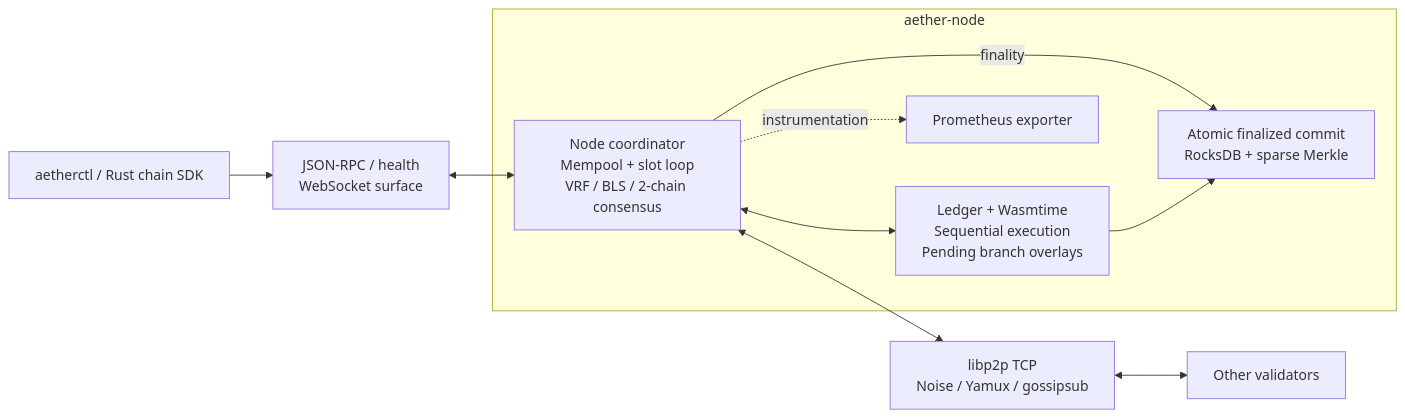
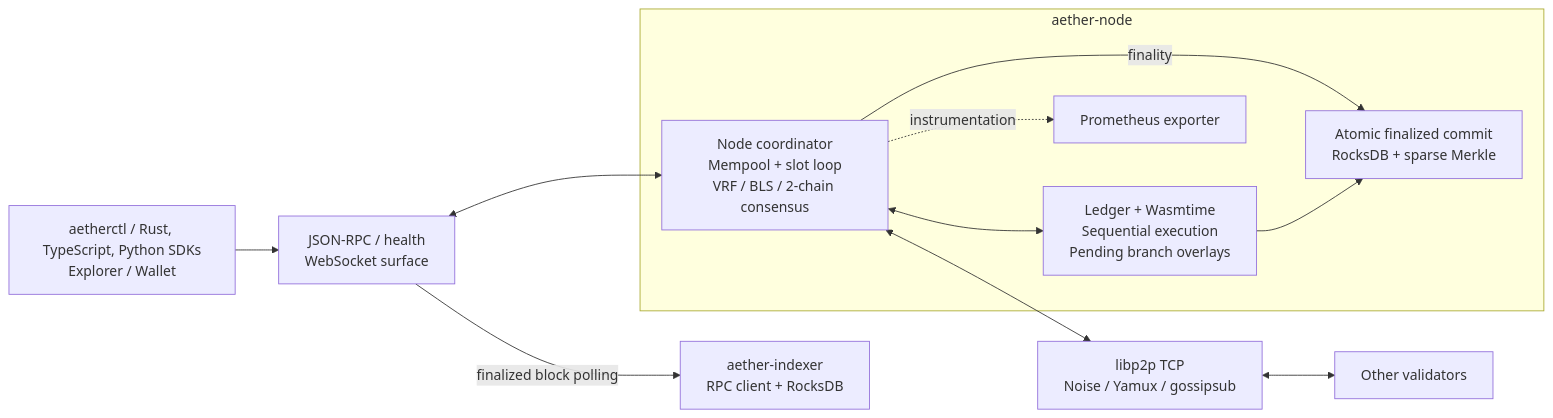
One commit to jadenfix/arrha changed the diagram in docs/architecture.md. Above: the diagram before and after it, drawn with Mermaid. The commit also changed other lines of this file and 88 other files, not shown here.

````diff
--- a/docs/architecture.md
+++ b/docs/architecture.md
@@ -15,14 +16,15 @@
 ```mermaid
 flowchart LR
-    Clients["aetherctl / Rust chain SDK"] --> RPC["JSON-RPC / health<br/>WebSocket surface"]
+    Clients["aetherctl / Rust, TypeScript, Python SDKs<br/>Explorer / Wallet"] --> RPC["JSON-RPC / health<br/>WebSocket surface"]
     RPC <--> Core
     subgraph Node["aether-node"]
         Core["Node coordinator<br/>Mempool + slot loop<br/>VRF / BLS / 2-chain consensus"]
         Core <--> Ledger["Ledger + Wasmtime<br/>Sequential execution<br/>Pending branch overlays"]
         Core -->|finality| Store["Atomic finalized commit<br/>RocksDB + sparse Merkle"]
         Ledger --> Store
         Core -. instrumentation .-> Metrics["Prometheus exporter"]
     end
     Core <--> P2P["libp2p TCP<br/>Noise / Yamux / gossipsub"]
     P2P <--> Peers["Other validators"]
+    RPC -->|finalized block polling| Indexer["aether-indexer<br/>RPC client + RocksDB"]
 ```
````
